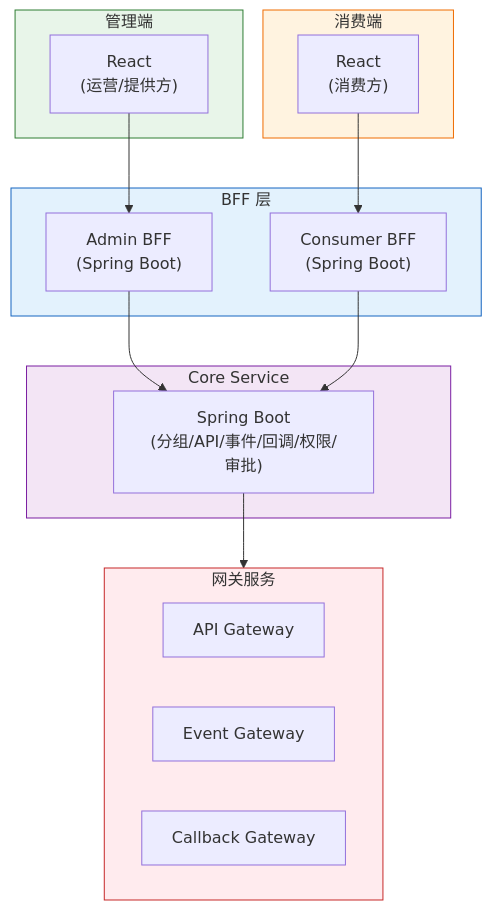
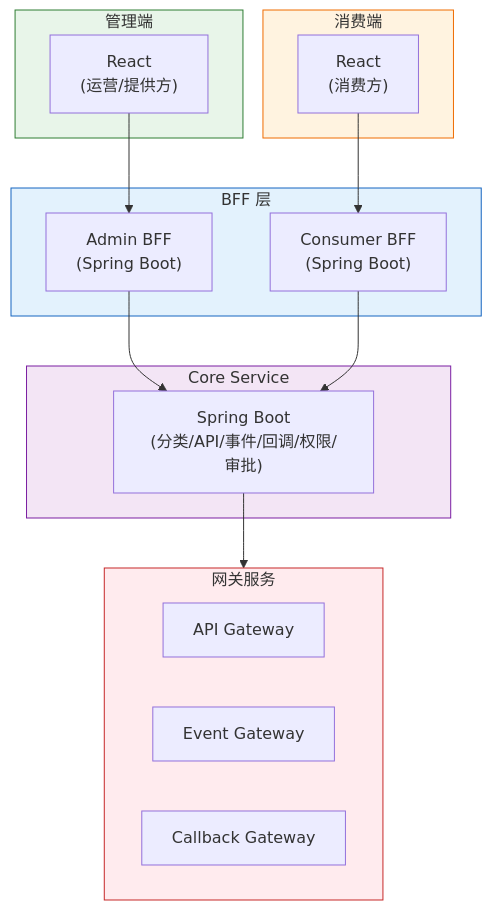
Before and after one commit to THZSummer/open-app: the fifth of 5 diagrams in .sddu/specs-tree-root/specs-tree-capability-open-platform/plan.md, drawn with Mermaid. The commit also changed other lines of this file, not shown here.

````diff
--- a/.sddu/specs-tree-root/specs-tree-capability-open-platform/plan.md
+++ b/.sddu/specs-tree-root/specs-tree-capability-open-platform/plan.md
@@ -327,37 +327,37 @@
 ```mermaid
 graph TB
     subgraph AdminFront["管理端"]
         AdminReact["React\n(运营/提供方)"]
     end
     
     subgraph ConsumerFront["消费端"]
         ConsumerReact["React\n(消费方)"]
     end
     
     subgraph BFF["BFF 层"]
         AdminBFF["Admin BFF\n(Spring Boot)"]
         ConsumerBFF["Consumer BFF\n(Spring Boot)"]
     end
     
     subgraph Core["Core Service"]
-        CoreService["Spring Boot\n(分组/API/事件/回调/权限/审批)"]
+        CoreService["Spring Boot\n(分类/API/事件/回调/权限/审批)"]
     end
     
     subgraph GatewayService["网关服务"]
         ApiGW["API Gateway"]
         EventGW["Event Gateway"]
         CallbackGW["Callback Gateway"]
     end
     
     AdminReact --> AdminBFF
     ConsumerReact --> ConsumerBFF
     AdminBFF --> CoreService
     ConsumerBFF --> CoreService
     CoreService --> GatewayService
     
     style AdminFront fill:#e8f5e9,stroke:#2e7d32
     style ConsumerFront fill:#fff3e0,stroke:#ef6c00
     style BFF fill:#e3f2fd,stroke:#1565c0
     style Core fill:#f3e5f5,stroke:#7b1fa2
     style GatewayService fill:#ffebee,stroke:#c62828
 ```
````
